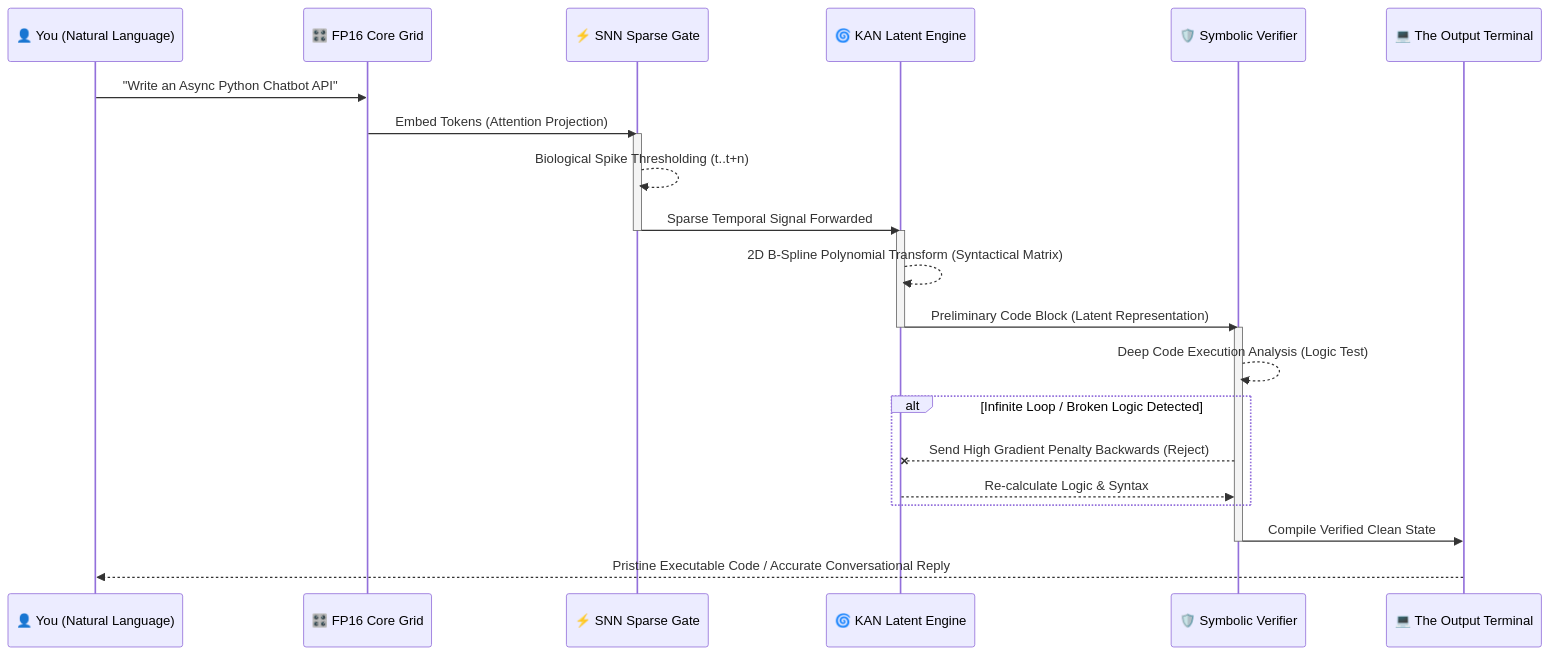
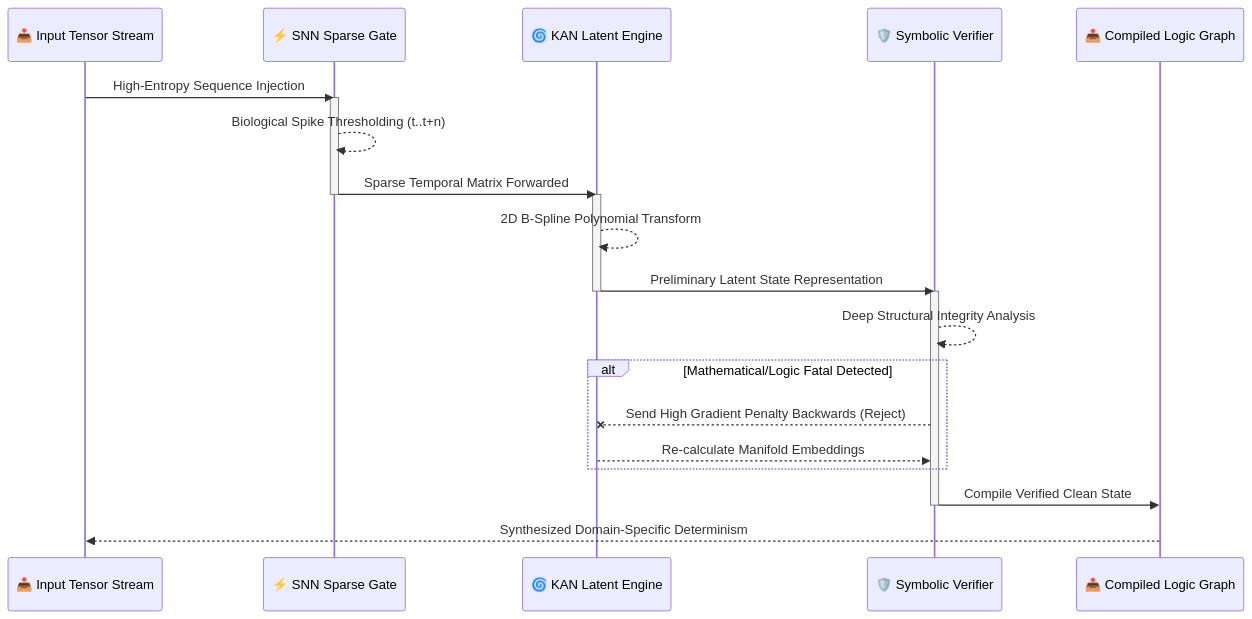
Before and after one commit to clokai/clokai: the second of 6 diagrams in v3.md, drawn with Mermaid. The commit also changed other lines of this file, not shown here.

````diff
--- a/v3.md
+++ b/v3.md
@@ -140,32 +119,30 @@
 ```mermaid
 sequenceDiagram
-    participant U as 👤 You (Natural Language)
-    participant E as 🎛️ FP16 Core Grid
+    participant U as 📥 Input Tensor Stream
     participant S as ⚡ SNN Sparse Gate
     participant K as 🌀 KAN Latent Engine
     participant N as 🛡️ Symbolic Verifier
-    participant M as 💻 The Output Terminal
+    participant M as 📤 Compiled Logic Graph
 
-    U->>E: "Write an Async Python Chatbot API"
-    E->>S: Embed Tokens (Attention Projection)
+    U->>S: High-Entropy Sequence Injection
     activate S
     S-->>S: Biological Spike Thresholding (t..t+n)
-    S->>K: Sparse Temporal Signal Forwarded
+    S->>K: Sparse Temporal Matrix Forwarded
     deactivate S
     
     activate K
-    K-->>K: 2D B-Spline Polynomial Transform (Syntactical Matrix)
-    K->>N: Preliminary Code Block (Latent Representation)
+    K-->>K: 2D B-Spline Polynomial Transform
+    K->>N: Preliminary Latent State Representation
     deactivate K
     
     activate N
-    N-->>N: Deep Code Execution Analysis (Logic Test)
-    alt Infinite Loop / Broken Logic Detected
+    N-->>N: Deep Structural Integrity Analysis
+    alt Mathematical/Logic Fatal Detected
         N--xK: Send High Gradient Penalty Backwards (Reject)
-        K-->>N: Re-calculate Logic & Syntax
+        K-->>N: Re-calculate Manifold Embeddings
     end
     N->>M: Compile Verified Clean State
     deactivate N
     
-    M-->>U: Pristine Executable Code / Accurate Conversational Reply
+    M-->>U: Synthesized Domain-Specific Determinism
 ```
````
